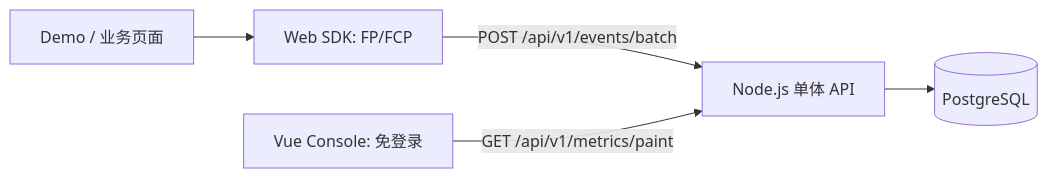
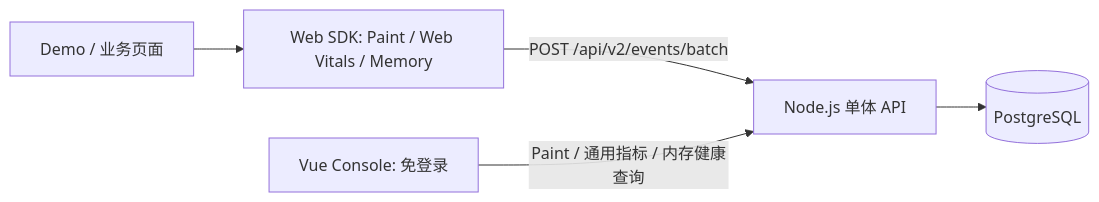
Before and after one commit to 1193082625/performance-platform: the first of 2 diagrams in docs/总体架构.md, drawn with Mermaid. The commit also changed other lines of this file and 17 other files, not shown here.

````diff
--- a/docs/总体架构.md
+++ b/docs/总体架构.md
@@ -32,7 +32,7 @@
 ```mermaid
 flowchart LR
-    DEMO[Demo / 业务页面] --> SDK[Web SDK: FP/FCP]
-    SDK -->|POST /api/v1/events/batch| API[Node.js 单体 API]
+    DEMO[Demo / 业务页面] --> SDK[Web SDK: Paint / Web Vitals / Memory]
+    SDK -->|POST /api/v2/events/batch| API[Node.js 单体 API]
     API --> PG[(PostgreSQL)]
-    UI[Vue Console: 免登录] -->|GET /api/v1/metrics/paint| API
+    UI[Vue Console: 免登录] -->|Paint / 通用指标 / 内存健康查询| API
 ```
````
